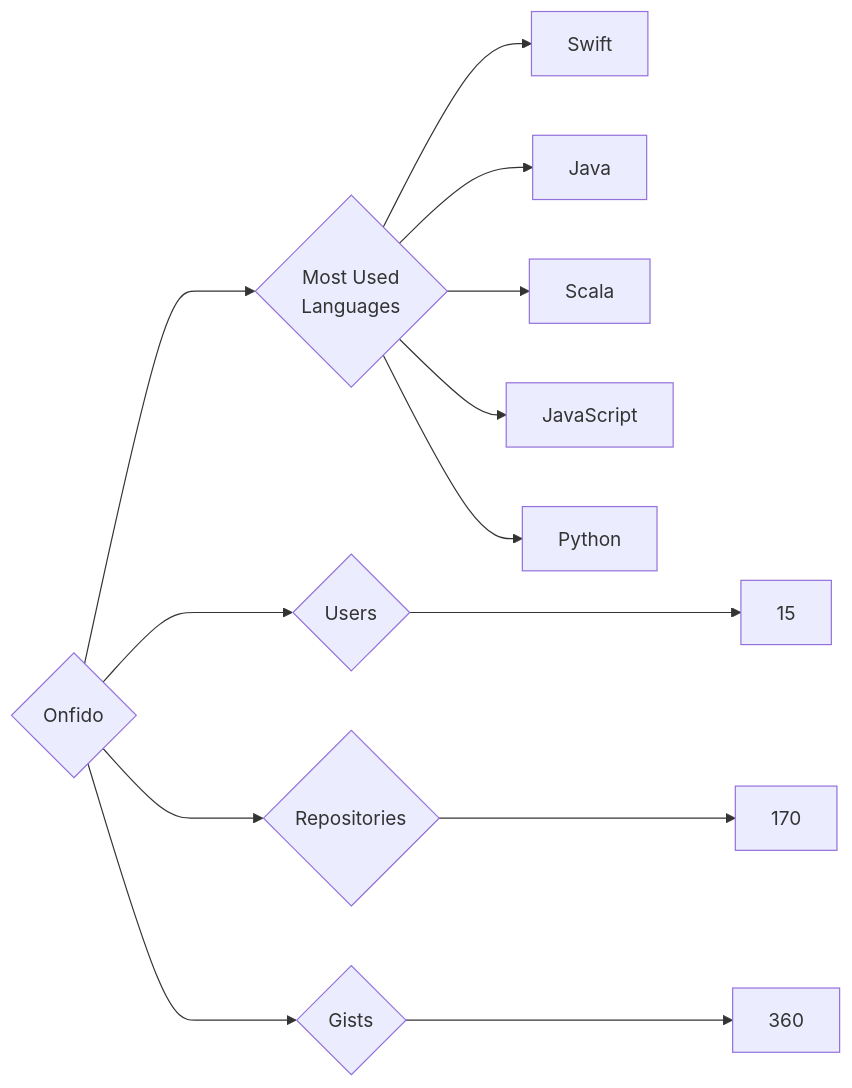
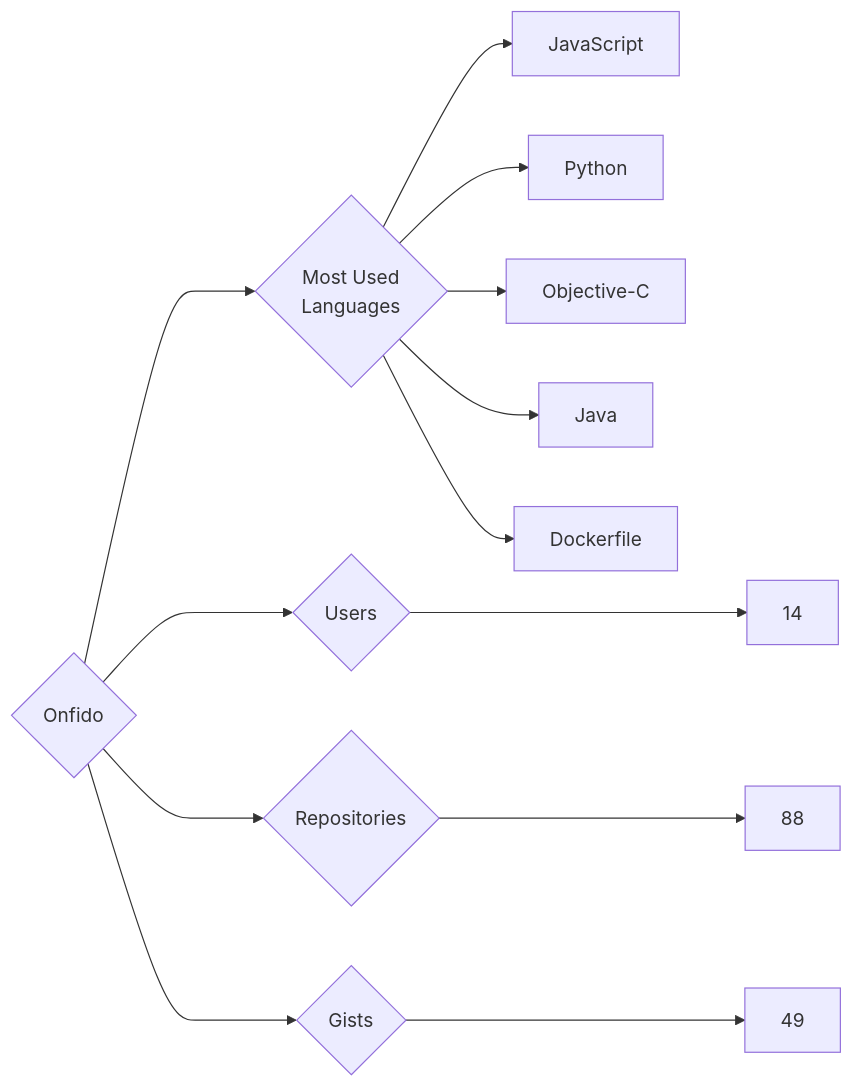
One commit to trickest/insiders changed the diagram in targets/Onfido/README.md. Above: the diagram before and after it, drawn with Mermaid. The commit also changed 1696 other files, not shown here.

````diff
--- a/targets/Onfido/README.md
+++ b/targets/Onfido/README.md
@@ -3,13 +3,13 @@
 ```mermaid
 graph LR
 COMPANY_NAME{Onfido}
-COMPANY_NAME ---> U{Users} ---> UN[15]
-COMPANY_NAME ---> R{Repositories} ---> RN[170]
-COMPANY_NAME ---> G{Gists} ---> GN[360]
+COMPANY_NAME ---> U{Users} ---> UN[14]
+COMPANY_NAME ---> R{Repositories} ---> RN[88]
+COMPANY_NAME ---> G{Gists} ---> GN[49]
 COMPANY_NAME ---> ML{Most Used<br>Languages}
-ML --> Swift[Swift]
-ML --> Java[Java]
-ML --> Scala[Scala]
 ML --> JavaScript[JavaScript]
 ML --> Python[Python]
+ML --> Objective-C[Objective-C]
+ML --> Java[Java]
+ML --> Dockerfile[Dockerfile]
 ```
````
